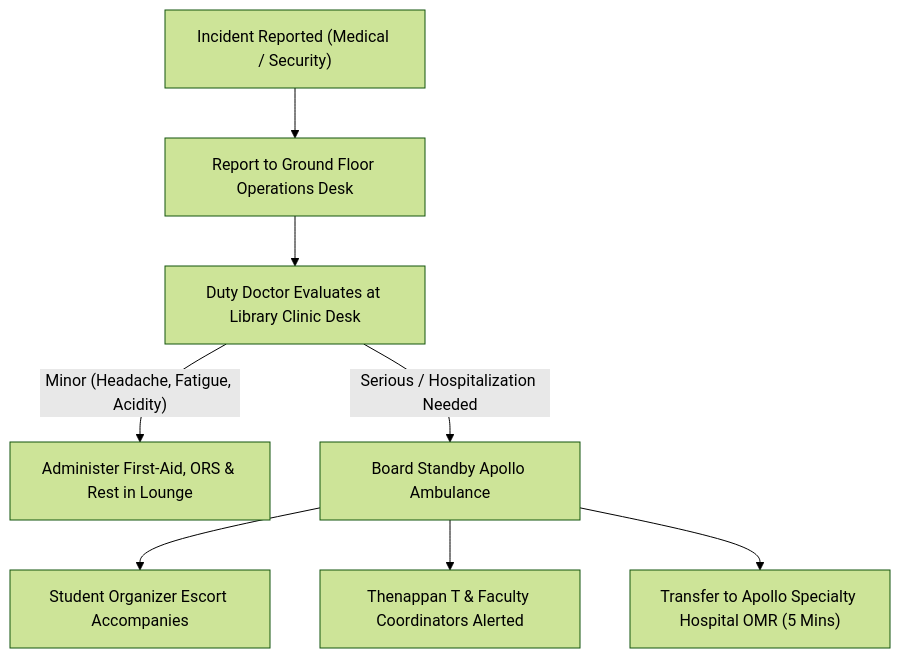
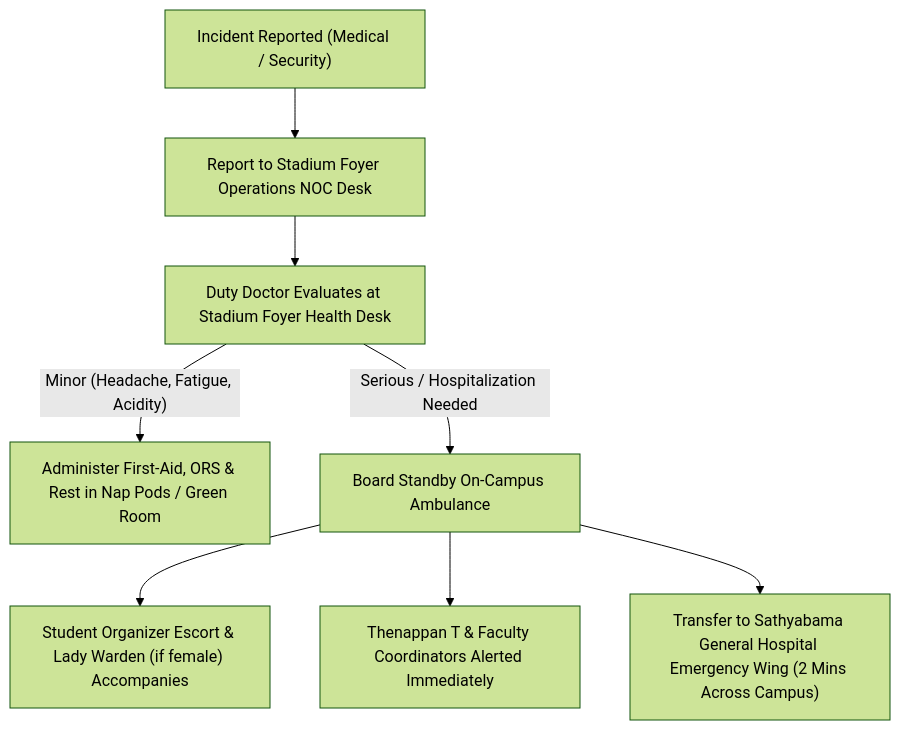
The diagram in teams/06_operations_logistics_and_security/safety_medical_and_night_lockin/night_security_protocol_and_medical_sop.md (MasterZ1311/Kairos), drawn with Mermaid (forest theme) before and after one commit. The commit also changed other lines of this file and 100 other files, not shown here.

````diff
--- a/teams/06_operations_logistics_and_security/safety_medical_and_night_lockin/night_security_protocol_and_medical_sop.md
+++ b/teams/06_operations_logistics_and_security/safety_medical_and_night_lockin/night_security_protocol_and_medical_sop.md
@@ -10,13 +10,13 @@
 ```mermaid
 graph TD
     INC["Incident Reported (Medical / Security)"]
-    INC --> REP["Report to Ground Floor Operations Desk"]
-    REP --> DOC["Duty Doctor Evaluates at Library Clinic Desk"]
+    INC --> REP["Report to Stadium Foyer Operations NOC Desk"]
+    REP --> DOC["Duty Doctor Evaluates at Stadium Foyer Health Desk"]
     
-    DOC -->|"Minor (Headache, Fatigue, Acidity)"| MINOR["Administer First-Aid, ORS & Rest in Lounge"]
-    DOC -->|"Serious / Hospitalization Needed"| AMB["Board Standby Apollo Ambulance"]
+    DOC -->|"Minor (Headache, Fatigue, Acidity)"| MINOR["Administer First-Aid, ORS & Rest in Nap Pods / Green Room"]
+    DOC -->|"Serious / Hospitalization Needed"| AMB["Board Standby On-Campus Ambulance"]
     
-    AMB --> ESCORT["Student Organizer Escort Accompanies"]
-    AMB --> CALL["Thenappan T & Faculty Coordinators Alerted"]
-    AMB --> HOSP["Transfer to Apollo Specialty Hospital OMR (5 Mins)"]
+    AMB --> ESCORT["Student Organizer Escort & Lady Warden (if female) Accompanies"]
+    AMB --> CALL["Thenappan T & Faculty Coordinators Alerted Immediately"]
+    AMB --> HOSP["Transfer to Sathyabama General Hospital Emergency Wing (2 Mins Across Campus)"]
 ```
````
